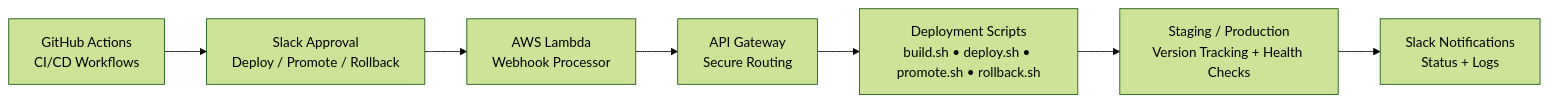
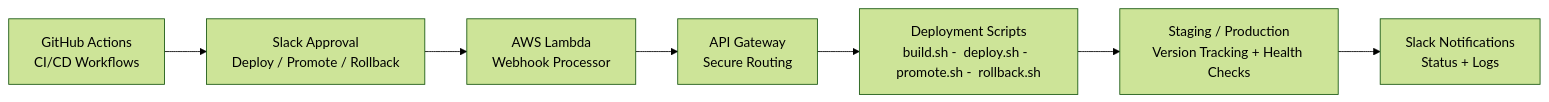
Before and after one commit to Franklindot04/Franklindot04: the diagram in README.md, drawn with Mermaid (forest theme). The commit also changed other lines of this file, not shown here.

````diff
--- a/README.md
+++ b/README.md
@@ -87,9 +116,9 @@
 ```mermaid
 flowchart LR
     A[GitHub Actions<br/>CI/CD Workflows] --> B[Slack Approval<br/>Deploy / Promote / Rollback]
     B --> C[AWS Lambda<br/>Webhook Processor]
     C --> D[API Gateway<br/>Secure Routing]
-    D --> E[Deployment Scripts<br/>build.sh • deploy.sh • promote.sh • rollback.sh]
+    D --> E[Deployment Scripts<br/>build.sh -  deploy.sh -  promote.sh -  rollback.sh]
     E --> F[Staging / Production<br/>Version Tracking + Health Checks]
     F --> G[Slack Notifications<br/>Status + Logs] 
 ```
````
